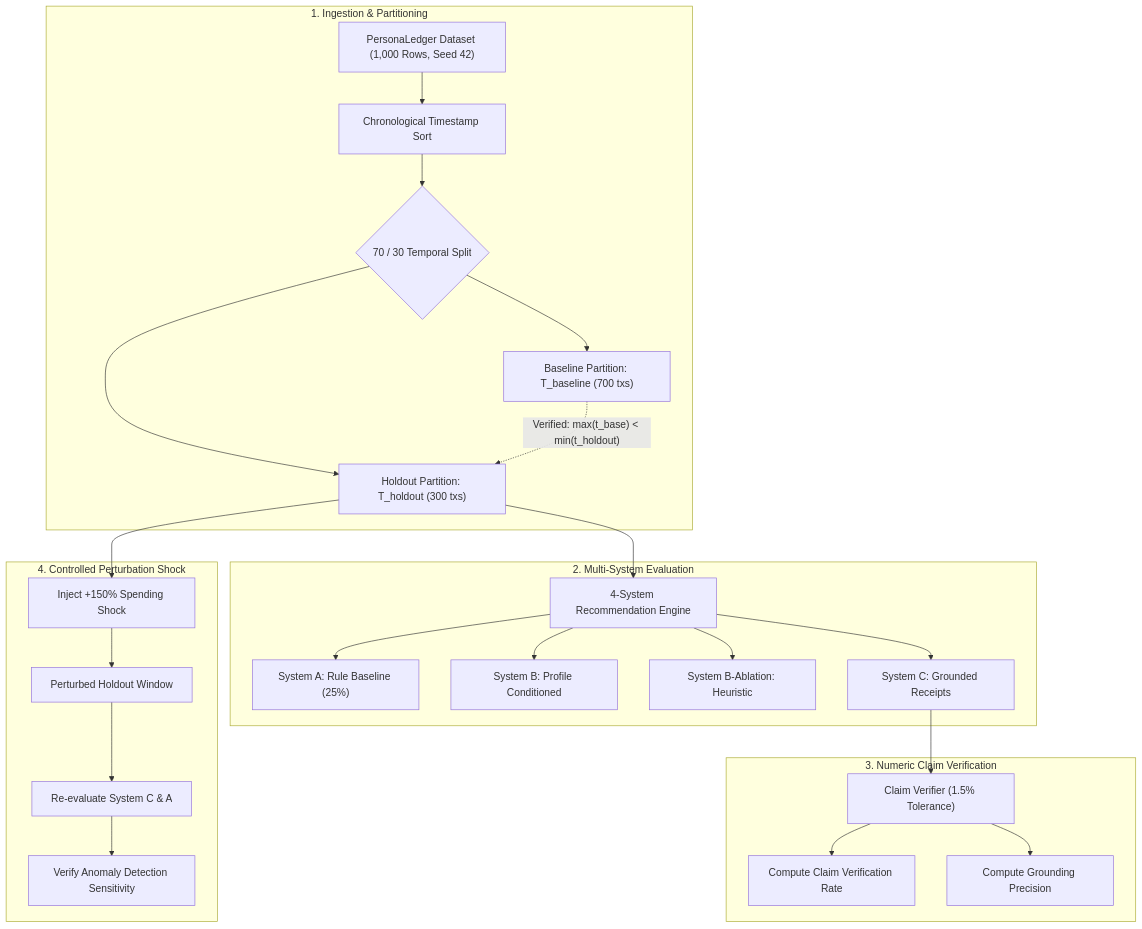
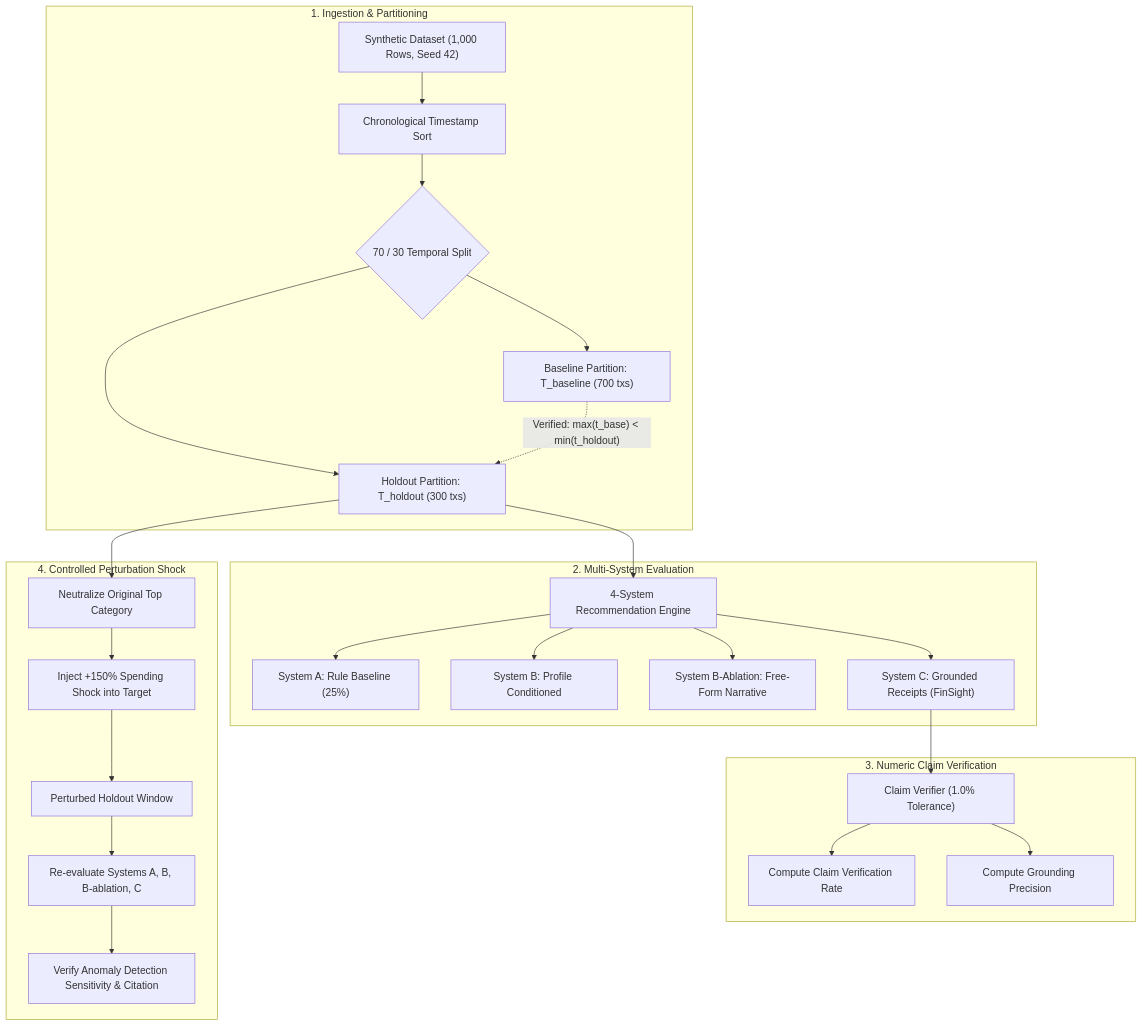
Before and after one commit to sriram36/FinSight: the diagram in docs/RESEARCH_LAB.md, drawn with Mermaid. The commit also changed other lines of this file and 15 other files, not shown here.

````diff
--- a/docs/RESEARCH_LAB.md
+++ b/docs/RESEARCH_LAB.md
@@ -49,31 +51,32 @@
 ```mermaid
 flowchart TD
     subgraph DataPrep ["1. Ingestion & Partitioning"]
-        Raw["PersonaLedger Dataset (1,000 Rows, Seed 42)"] --> Sort["Chronological Timestamp Sort"]
+        Raw["Synthetic Dataset (1,000 Rows, Seed 42)"] --> Sort["Chronological Timestamp Sort"]
         Sort --> Split{"70 / 30 Temporal Split"}
         Split --> Baseline["Baseline Partition: T_baseline (700 txs)"]
         Split --> Holdout["Holdout Partition: T_holdout (300 txs)"]
         Baseline -. Verified: max(t_base) < min(t_holdout) .-> Holdout
     end
 
     subgraph Benchmarking ["2. Multi-System Evaluation"]
         Holdout --> Engine["4-System Recommendation Engine"]
         Engine --> RecA["System A: Rule Baseline (25%)"]
         Engine --> RecB["System B: Profile Conditioned"]
-        Engine --> RecAbl["System B-Ablation: Heuristic"]
-        Engine --> RecC["System C: Grounded Receipts"]
+        Engine --> RecAbl["System B-Ablation: Free-Form Narrative"]
+        Engine --> RecC["System C: Grounded Receipts (FinSight)"]
     end
 
     subgraph Verification ["3. Numeric Claim Verification"]
-        RecC --> Verifier["Claim Verifier (1.5% Tolerance)"]
+        RecC --> Verifier["Claim Verifier (1.0% Tolerance)"]
         Verifier --> CVR["Compute Claim Verification Rate"]
         Verifier --> EGP["Compute Grounding Precision"]
     end
 
     subgraph StressTest ["4. Controlled Perturbation Shock"]
-        Holdout --> Shock["Inject +150% Spending Shock"]
+        Holdout --> Neutralize["Neutralize Original Top Category"]
+        Neutralize --> Shock["Inject +150% Spending Shock into Target"]
         Shock --> ShockHoldout["Perturbed Holdout Window"]
-        ShockHoldout --> ReEval["Re-evaluate System C & A"]
-        ReEval --> Sensitivity["Verify Anomaly Detection Sensitivity"]
+        ShockHoldout --> ReEval["Re-evaluate Systems A, B, B-ablation, C"]
+        ReEval --> Sensitivity["Verify Anomaly Detection Sensitivity & Citation"]
     end
 ```
````
